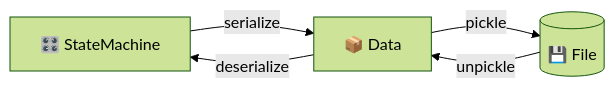
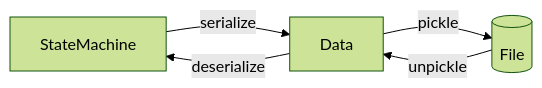
The fifth of 7 diagrams in docs/core/statemachine.md (YearsAlso/zoo-framework-doc), drawn with Mermaid (forest theme) before and after one commit. The commit also changed other lines of this file and 24 other files, not shown here.

First line of the commit message:
docs(site): 站点正式化与内容严肃化，附 bench 报告截图

````diff
--- a/docs/core/statemachine.md
+++ b/docs/core/statemachine.md
@@ -438,7 +438,7 @@
 ```mermaid
 flowchart LR
-    A[🎛️ StateMachine] -->|serialize| B[📦 Data]
-    B -->|pickle| C[(💾 File)]
+    A[ StateMachine] -->|serialize| B[ Data]
+    B -->|pickle| C[( File)]
     C -->|unpickle| B
     B -->|deserialize| A
 ```
````
